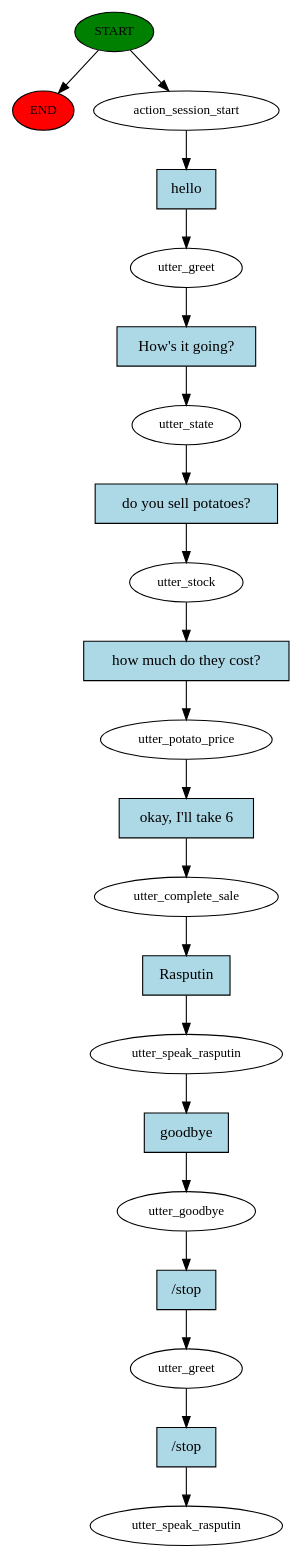
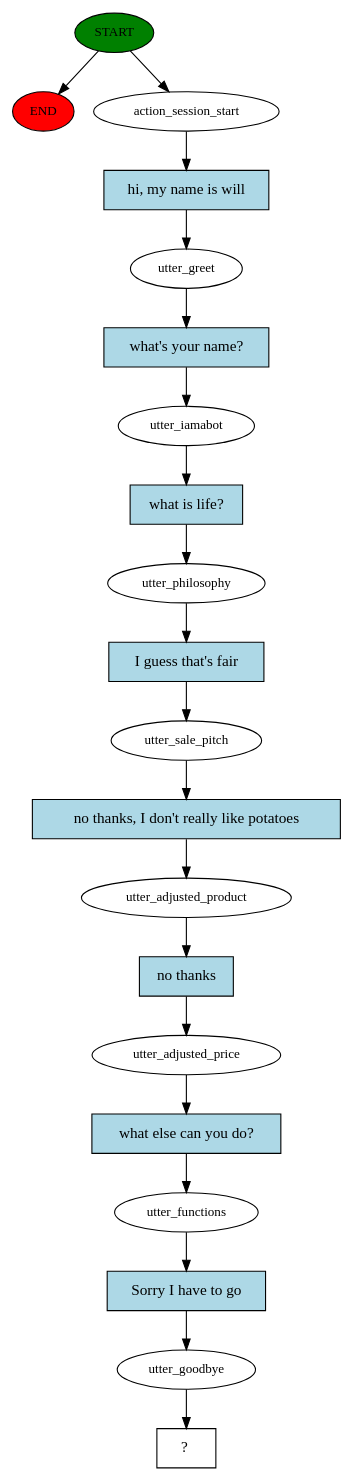
One commit to KazeShikaru/ChatBot changed the diagram in rasa/story_graph.dot. Above: the diagram before and after it, drawn with Graphviz. The commit also changed 8 other files, not shown here.

```diff
--- a/rasa/story_graph.dot
+++ b/rasa/story_graph.dot
@@ -1,43 +1,41 @@
 digraph  {
 0 [class="start active", fillcolor=green, fontsize=12, label=START, style=filled];
 "-1" [class=end, fillcolor=red, fontsize=12, label=END, style=filled];
 1 [class=active, fontsize=12, label=action_session_start];
 2 [class=active, fontsize=12, label=utter_greet];
-3 [class=active, fontsize=12, label=utter_state];
-4 [class=active, fontsize=12, label=utter_stock];
-5 [class=active, fontsize=12, label=utter_potato_price];
-6 [class=active, fontsize=12, label=utter_complete_sale];
-7 [class=active, fontsize=12, label=utter_speak_rasputin];
-8 [class=active, fontsize=12, label=utter_goodbye];
-9 [class=active, fontsize=12, label=utter_greet];
-10 [class="dashed active", fontsize=12, label=utter_speak_rasputin];
-11 [class="intent active", fillcolor=lightblue, label=hello, shape=rect, style=filled];
-12 [class="intent active", fillcolor=lightblue, label="How's it going?", shape=rect, style=filled];
-13 [class="intent active", fillcolor=lightblue, label="do you sell potatoes?", shape=rect, style=filled];
-14 [class="intent active", fillcolor=lightblue, label="how much do they cost?", shape=rect, style=filled];
-15 [class="intent active", fillcolor=lightblue, label="okay, I'll take 6", shape=rect, style=filled];
-16 [class="intent active", fillcolor=lightblue, label=Rasputin, shape=rect, style=filled];
-17 [class="intent active", fillcolor=lightblue, label=goodbye, shape=rect, style=filled];
-18 [class="intent active", fillcolor=lightblue, label="/stop", shape=rect, style=filled];
-19 [class="intent active", fillcolor=lightblue, label="/stop", shape=rect, style=filled];
+3 [class=active, fontsize=12, label=utter_iamabot];
+4 [class=active, fontsize=12, label=utter_philosophy];
+5 [class=active, fontsize=12, label=utter_sale_pitch];
+6 [class=active, fontsize=12, label=utter_adjusted_product];
+7 [class=active, fontsize=12, label=utter_adjusted_price];
+8 [class=active, fontsize=12, label=utter_functions];
+9 [class=active, fontsize=12, label=utter_goodbye];
+10 [class="intent dashed active", label="  ?  ", shape=rect];
+11 [class="intent active", fillcolor=lightblue, label="hi, my name is will", shape=rect, style=filled];
+12 [class="intent active", fillcolor=lightblue, label="what's your name?", shape=rect, style=filled];
+13 [class="intent active", fillcolor=lightblue, label="what is life?", shape=rect, style=filled];
+14 [class="intent active", fillcolor=lightblue, label="I guess that's fair", shape=rect, style=filled];
+15 [class="intent active", fillcolor=lightblue, label="no thanks, I don't really like potatoes", shape=rect, style=filled];
+16 [class="intent active", fillcolor=lightblue, label="no thanks", shape=rect, style=filled];
+17 [class="intent active", fillcolor=lightblue, label="what else can you do?", shape=rect, style=filled];
+18 [class="intent active", fillcolor=lightblue, label="Sorry I have to go", shape=rect, style=filled];
 0 -> "-1"  [class="", key=NONE, label=""];
 0 -> 1  [class=active, key=NONE, label=""];
 1 -> 11  [class=active, key=0];
 2 -> 12  [class=active, key=0];
 3 -> 13  [class=active, key=0];
 4 -> 14  [class=active, key=0];
 5 -> 15  [class=active, key=0];
 6 -> 16  [class=active, key=0];
 7 -> 17  [class=active, key=0];
 8 -> 18  [class=active, key=0];
-9 -> 19  [class=active, key=0];
+9 -> 10  [class=active, key=NONE, label=""];
 11 -> 2  [class=active, key=0];
 12 -> 3  [class=active, key=0];
 13 -> 4  [class=active, key=0];
 14 -> 5  [class=active, key=0];
 15 -> 6  [class=active, key=0];
 16 -> 7  [class=active, key=0];
 17 -> 8  [class=active, key=0];
 18 -> 9  [class=active, key=0];
-19 -> 10  [class=active, key=0];
 }
```
